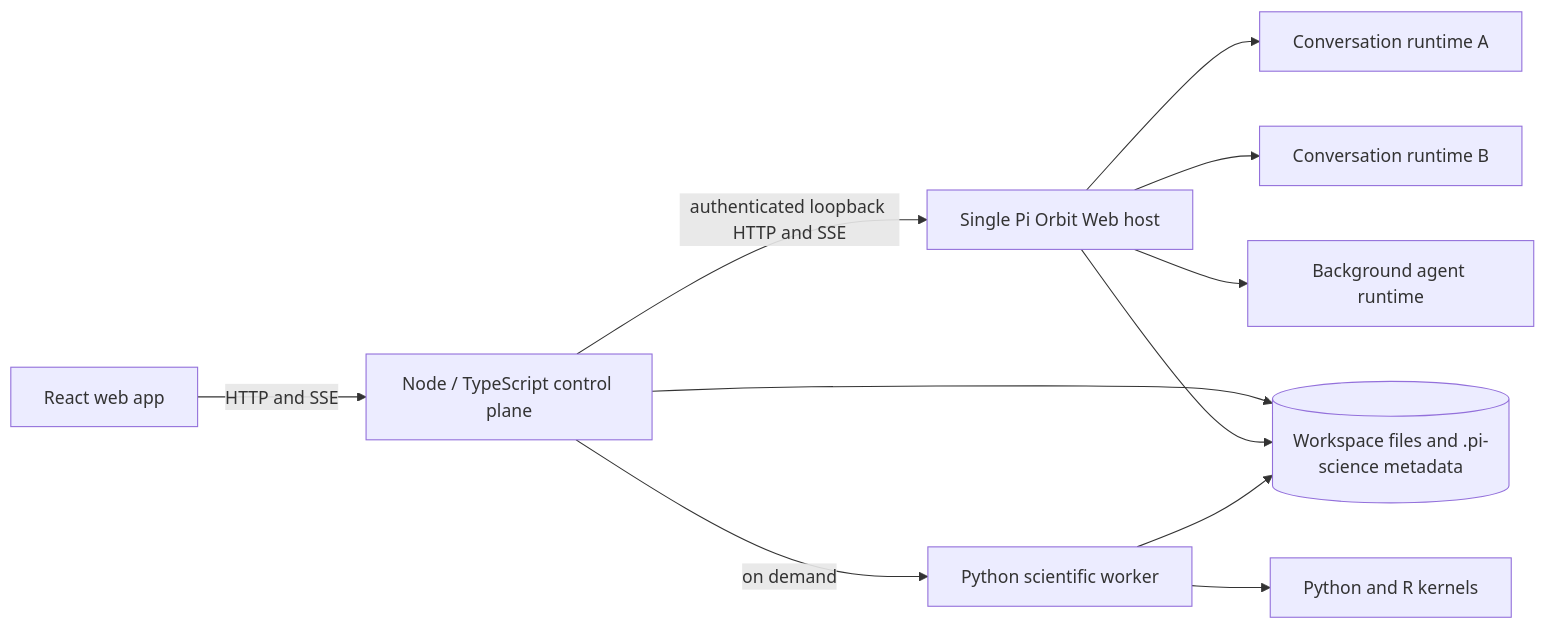
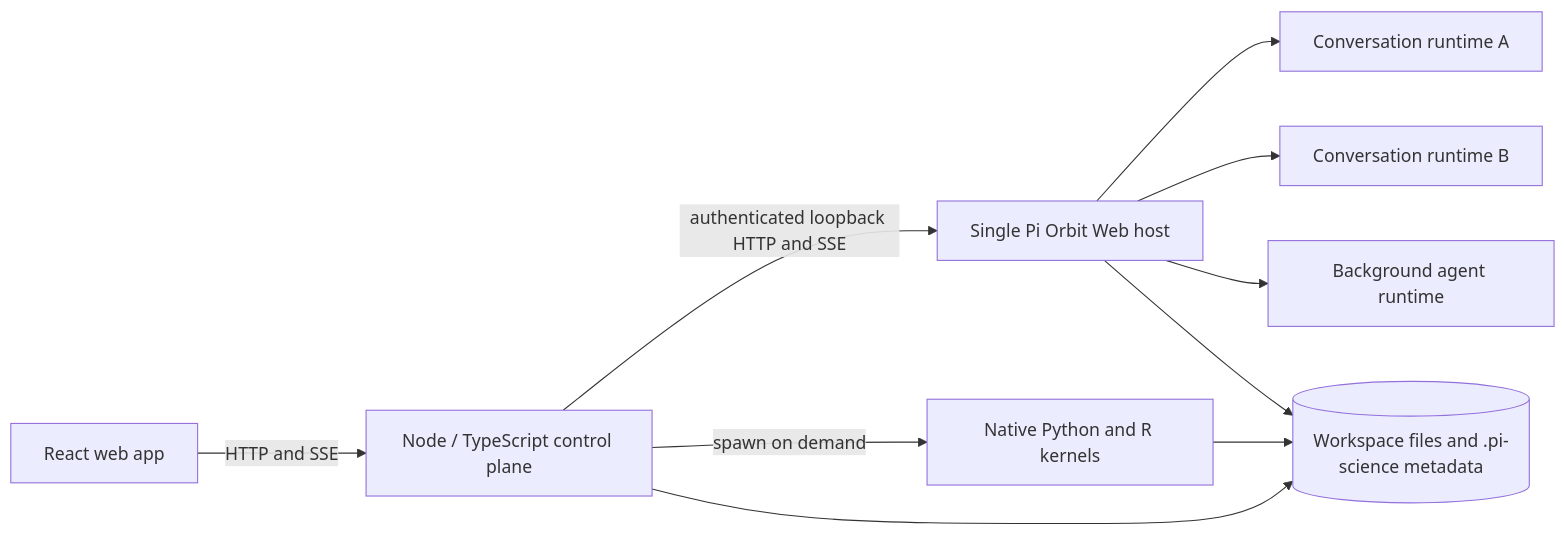
One commit to Garhorne0813/pi-science changed the first of 2 diagrams in docs/architecture.md. Above: the diagram before and after it, drawn with Mermaid. The commit also changed other lines of this file and 12 other files, not shown here.

````diff
--- a/docs/architecture.md
+++ b/docs/architecture.md
@@ -11,13 +11,12 @@
 ```mermaid
 flowchart LR
     UI[React web app] -->|HTTP and SSE| CP[Node / TypeScript control plane]
     CP -->|authenticated loopback HTTP and SSE| PH[Single Pi Orbit Web host]
     PH --> R1[Conversation runtime A]
     PH --> R2[Conversation runtime B]
     PH --> RN[Background agent runtime]
-    CP -->|on demand| PY[Python scientific worker]
-    PY --> K[Python and R kernels]
+    CP -->|spawn on demand| K[Native Python and R kernels]
     CP --> WS[(Workspace files and .pi-science metadata)]
     PH --> WS
-    PY --> WS
+    K --> WS
 ```
````
